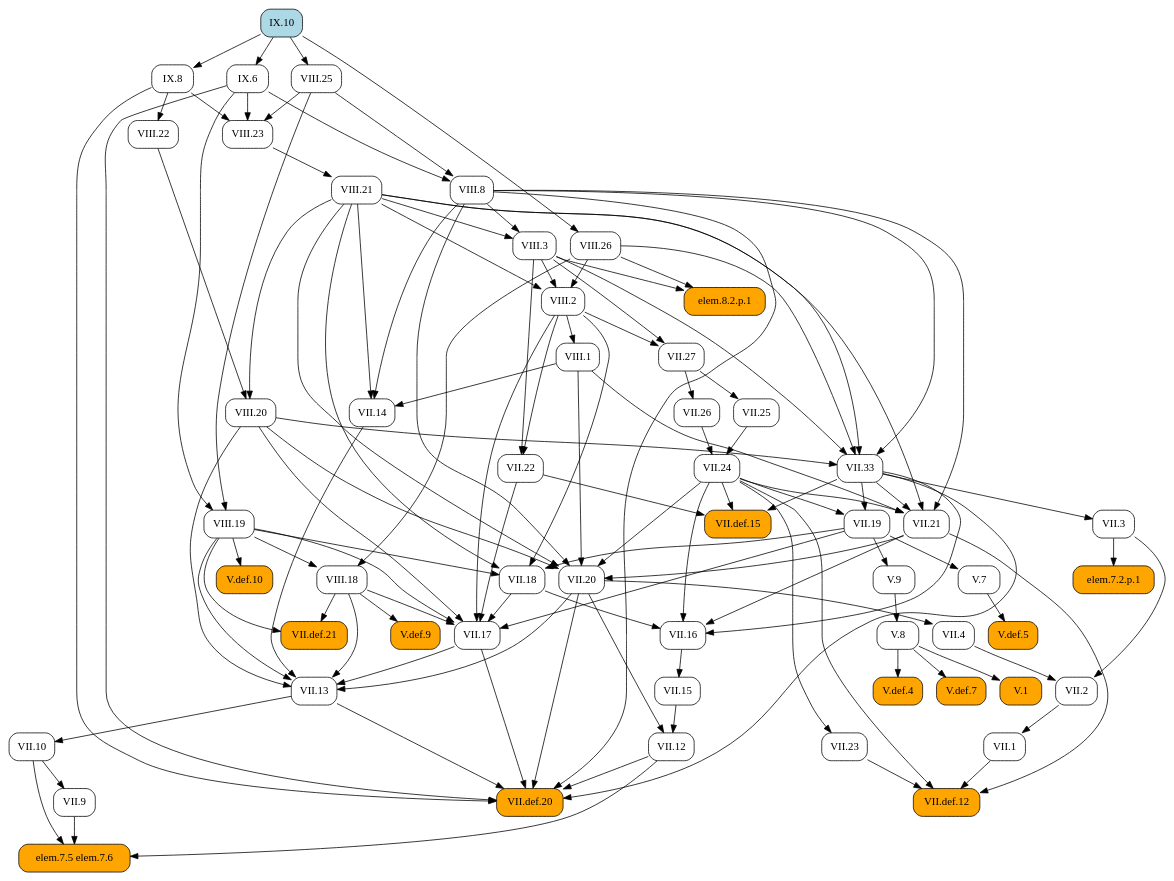
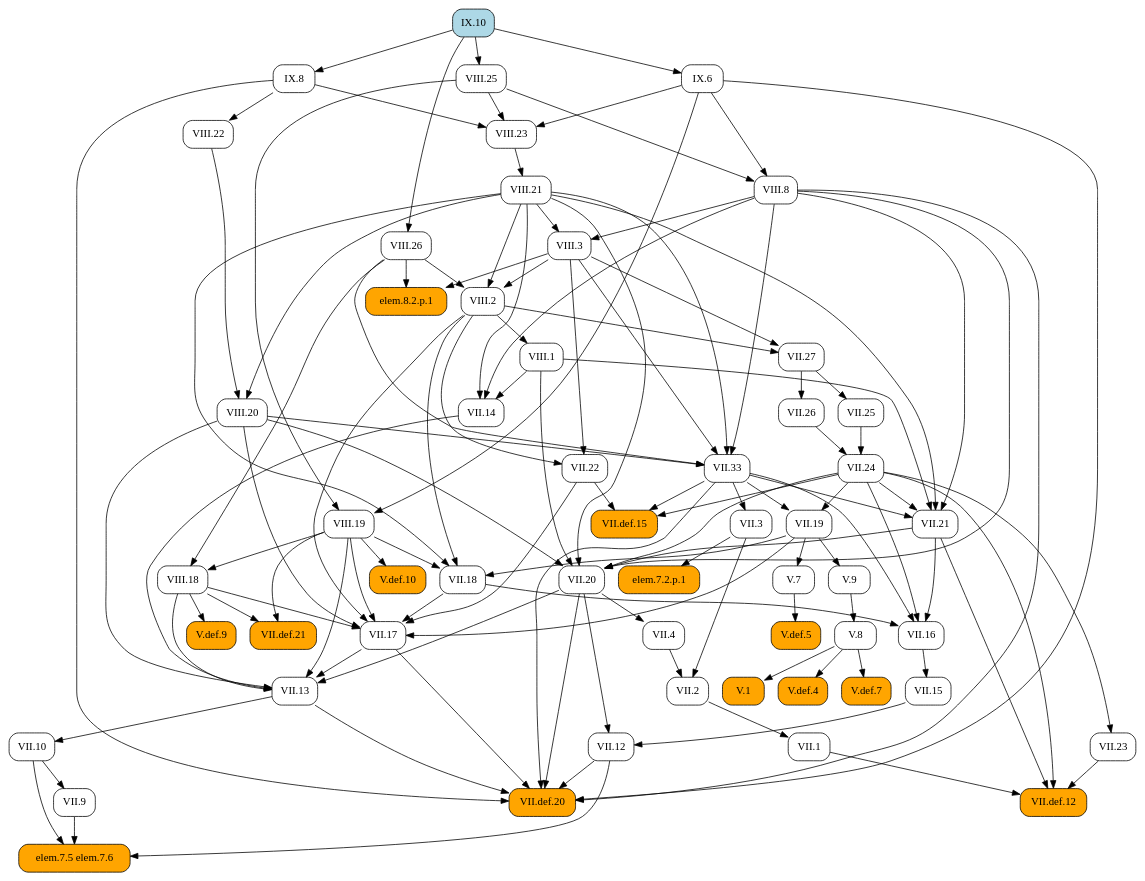
Before and after one commit to geometor/elements: the diagram in docsrc/heath/IX/10/index.rst, drawn with Graphviz. The commit also changed other lines of this file and 1029 other files, not shown here.

```diff
--- a/docsrc/heath/IX/10/index.rst
+++ b/docsrc/heath/IX/10/index.rst
@@ -60,79 +60,120 @@
    digraph {
      rankdir="TB";
      node [shape=box, style=rounded];
-     "V.1" [style="rounded,filled", fillcolor=orange, URL="/heath/V/1/", target="_top"];
+     "VII.1" [URL="/heath/VII/1/", target="_top"];
+     "VIII.26" [URL="/heath/VIII/26/", target="_top"];
+     "V.def.10" [style="rounded,filled", fillcolor=orange, URL="/heath/V/def.10/", target="_top"];
+     "VII.9" [URL="/heath/VII/9/", target="_top"];
+     "V.def.5" [style="rounded,filled", fillcolor=orange, URL="/heath/V/def.5/", target="_top"];
+     "VIII.23" [URL="/heath/VIII/23/", target="_top"];
+     "VII.17" [URL="/heath/VII/17/", target="_top"];
+     "VII.3" [URL="/heath/VII/3/", target="_top"];
+     "elem.7.5 elem.7.6" [style="rounded,filled", fillcolor=orange];
+     "VII.def.21" [style="rounded,filled", fillcolor=orange, URL="/heath/VII/def.21/", target="_top"];
+     "VIII.21" [URL="/heath/VIII/21/", target="_top"];
+     "V.7" [URL="/heath/V/7/", target="_top"];
+     "VIII.19" [URL="/heath/VIII/19/", target="_top"];
+     "VIII.25" [URL="/heath/VIII/25/", target="_top"];
+     "V.9" [URL="/heath/V/9/", target="_top"];
+     "VII.13" [URL="/heath/VII/13/", target="_top"];
+     "VII.2" [URL="/heath/VII/2/", target="_top"];
+     "VIII.1" [URL="/heath/VIII/1/", target="_top"];
+     "VIII.2" [URL="/heath/VIII/2/", target="_top"];
+     "VII.12" [URL="/heath/VII/12/", target="_top"];
      "IX.8" [URL="/heath/IX/8/", target="_top"];
-     "VIII.21" [URL="/heath/VIII/21/", target="_top"];
-     "VII.12" [URL="/heath/VII/12/", target="_top"];
-     "VII.14" [URL="/heath/VII/14/", target="_top"];
-     "VII.13" [URL="/heath/VII/13/", target="_top"];
-     "VII.16" [URL="/heath/VII/16/", target="_top"];
-     "V.def.4" [style="rounded,filled", fillcolor=orange, URL="/heath/V/def.4/", target="_top"];
+     "VII.24" [URL="/heath/VII/24/", target="_top"];
+     "VII.def.12" [style="rounded,filled", fillcolor=orange, URL="/heath/VII/def.12/", target="_top"];
+     "V.8" [URL="/heath/V/8/", target="_top"];
+     "VII.33" [URL="/heath/VII/33/", target="_top"];
+     "VIII.22" [URL="/heath/VIII/22/", target="_top"];
+     "V.def.9" [style="rounded,filled", fillcolor=orange, URL="/heath/V/def.9/", target="_top"];
+     "VIII.18" [URL="/heath/VIII/18/", target="_top"];
+     "VII.10" [URL="/heath/VII/10/", target="_top"];
+     "elem.7.2.p.1" [style="rounded,filled", fillcolor=orange];
      "VII.def.15" [style="rounded,filled", fillcolor=orange, URL="/heath/VII/def.15/", target="_top"];
      "VII.18" [URL="/heath/VII/18/", target="_top"];
-     "V.8" [URL="/heath/V/8/", target="_top"];
+     "VII.19" [URL="/heath/VII/19/", target="_top"];
+     "VII.16" [URL="/heath/VII/16/", target="_top"];
+     "VII.26" [URL="/heath/VII/26/", target="_top"];
+     "VII.4" [URL="/heath/VII/4/", target="_top"];
+     "VII.25" [URL="/heath/VII/25/", target="_top"];
+     "VII.21" [URL="/heath/VII/21/", target="_top"];
+     "V.1" [style="rounded,filled", fillcolor=orange, URL="/heath/V/1/", target="_top"];
+     "IX.6" [URL="/heath/IX/6/", target="_top"];
      "IX.10" [style="rounded,filled", fillcolor=lightblue, URL="/heath/IX/10/", target="_top"];
-     "VII.21" [URL="/heath/VII/21/", target="_top"];
+     "VII.20" [URL="/heath/VII/20/", target="_top"];
+     "VIII.8" [URL="/heath/VIII/8/", target="_top"];
+     "VII.14" [URL="/heath/VII/14/", target="_top"];
+     "VII.27" [URL="/heath/VII/27/", target="_top"];
+     "VIII.3" [URL="/heath/VIII/3/", target="_top"];
+     "V.def.4" [style="rounded,filled", fillcolor=orange, URL="/heath/V/def.4/", target="_top"];
+     "VII.22" [URL="/heath/VII/22/", target="_top"];
      "VIII.20" [URL="/heath/VIII/20/", target="_top"];
-     "V.7" [URL="/heath/V/7/", target="_top"];
-     "VII.def.12" [style="rounded,filled", fillcolor=orange, URL="/heath/VII/def.12/", target="_top"];
+     "V.def.7" [style="rounded,filled", fillcolor=orange, URL="/heath/V/def.7/", target="_top"];
+     "VII.23" [URL="/heath/VII/23/", target="_top"];
      "VII.15" [URL="/heath/VII/15/", target="_top"];
-     "IX.6" [URL="/heath/IX/6/", target="_top"];
-     "VIII.18" [URL="/heath/VIII/18/", target="_top"];
-     "VII.2" [URL="/heath/VII/2/", target="_top"];
      "VII.def.20" [style="rounded,filled", fillcolor=orange, URL="/heath/VII/def.20/", target="_top"];
-     "VII.3" [URL="/heath/VII/3/", target="_top"];
-     "elem.7.5 elem.7.6" [style="rounded,filled", fillcolor=orange];
      "elem.8.2.p.1" [style="rounded,filled", fillcolor=orange];
-     "VII.10" [URL="/heath/VII/10/", target="_top"];
-     "VIII.23" [URL="/heath/VIII/23/", target="_top"];
-     "V.def.7" [style="rounded,filled", fillcolor=orange, URL="/heath/V/def.7/", target="_top"];
-     "V.def.9" [style="rounded,filled", fillcolor=orange, URL="/heath/V/def.9/", target="_top"];
-     "VII.20" [URL="/heath/VII/20/", target="_top"];
-     "VIII.19" [URL="/heath/VIII/19/", target="_top"];
-     "V.def.10" [style="rounded,filled", fillcolor=orange, URL="/heath/V/def.10/", target="_top"];
-     "VII.9" [URL="/heath/VII/9/", target="_top"];
-     "VIII.1" [URL="/heath/VIII/1/", target="_top"];
-     "VII.25" [URL="/heath/VII/25/", target="_top"];
-     "VII.23" [URL="/heath/VII/23/", target="_top"];
-     "VIII.8" [URL="/heath/VIII/8/", target="_top"];
-     "VII.27" [URL="/heath/VII/27/", target="_top"];
-     "VIII.2" [URL="/heath/VIII/2/", target="_top"];
-     "VIII.25" [URL="/heath/VIII/25/", target="_top"];
-     "VIII.3" [URL="/heath/VIII/3/", target="_top"];
-     "VII.19" [URL="/heath/VII/19/", target="_top"];
-     "VII.4" [URL="/heath/VII/4/", target="_top"];
-     "elem.7.2.p.1" [style="rounded,filled", fillcolor=orange];
-     "VII.24" [URL="/heath/VII/24/", target="_top"];
-     "V.9" [URL="/heath/V/9/", target="_top"];
-     "VII.26" [URL="/heath/VII/26/", target="_top"];
-     "VIII.22" [URL="/heath/VIII/22/", target="_top"];
-     "VII.1" [URL="/heath/VII/1/", target="_top"];
-     "VII.22" [URL="/heath/VII/22/", target="_top"];
-     "VIII.26" [URL="/heath/VIII/26/", target="_top"];
-     "VII.33" [URL="/heath/VII/33/", target="_top"];
-     "VII.def.21" [style="rounded,filled", fillcolor=orange, URL="/heath/VII/def.21/", target="_top"];
-     "V.def.5" [style="rounded,filled", fillcolor=orange, URL="/heath/V/def.5/", target="_top"];
-     "VII.17" [URL="/heath/VII/17/", target="_top"];
-     "V.8" -> "V.1";
-     "IX.10" -> "IX.8";
+     "VII.2" -> "VII.1";
+     "IX.10" -> "VIII.26";
+     "VIII.19" -> "V.def.10";
+     "VII.10" -> "VII.9";
+     "V.7" -> "V.def.5";
+     "VIII.25" -> "VIII.23";
+     "IX.6" -> "VIII.23";
+     "IX.8" -> "VIII.23";
+     "VII.18" -> "VII.17";
+     "VII.19" -> "VII.17";
+     "VII.22" -> "VII.17";
+     "VIII.2" -> "VII.17";
+     "VIII.18" -> "VII.17";
+     "VIII.19" -> "VII.17";
+     "VIII.20" -> "VII.17";
+     "VII.33" -> "VII.3";
+     "VII.9" -> "elem.7.5 elem.7.6";
+     "VII.10" -> "elem.7.5 elem.7.6";
+     "VII.12" -> "elem.7.5 elem.7.6";
+     "VIII.18" -> "VII.def.21";
+     "VIII.19" -> "VII.def.21";
      "VIII.23" -> "VIII.21";
-     "VII.15" -> "VII.12";
-     "VII.20" -> "VII.12";
-     "VIII.1" -> "VII.14";
-     "VIII.8" -> "VII.14";
-     "VIII.21" -> "VII.14";
+     "VII.19" -> "V.7";
+     "VIII.25" -> "VIII.19";
+     "IX.6" -> "VIII.19";
+     "IX.10" -> "VIII.25";
+     "VII.19" -> "V.9";
      "VII.14" -> "VII.13";
      "VII.17" -> "VII.13";
      "VII.20" -> "VII.13";
      "VIII.18" -> "VII.13";
      "VIII.19" -> "VII.13";
      "VIII.20" -> "VII.13";
-     "VII.18" -> "VII.16";
-     "VII.21" -> "VII.16";
-     "VII.24" -> "VII.16";
-     "VII.33" -> "VII.16";
-     "V.8" -> "V.def.4";
+     "VII.3" -> "VII.2";
+     "VII.4" -> "VII.2";
+     "VIII.2" -> "VIII.1";
+     "VIII.3" -> "VIII.2";
+     "VIII.21" -> "VIII.2";
+     "VIII.26" -> "VIII.2";
+     "VII.15" -> "VII.12";
+     "VII.20" -> "VII.12";
+     "IX.10" -> "IX.8";
+     "VII.25" -> "VII.24";
+     "VII.26" -> "VII.24";
+     "VII.1" -> "VII.def.12";
+     "VII.21" -> "VII.def.12";
+     "VII.23" -> "VII.def.12";
+     "VII.24" -> "VII.def.12";
+     "V.9" -> "V.8";
+     "VIII.3" -> "VII.33";
+     "VIII.8" -> "VII.33";
+     "VIII.20" -> "VII.33";
+     "VIII.21" -> "VII.33";
+     "VIII.26" -> "VII.33";
+     "IX.8" -> "VIII.22";
+     "VIII.18" -> "V.def.9";
+     "VIII.19" -> "VIII.18";
+     "VIII.26" -> "VIII.18";
+     "VII.13" -> "VII.10";
+     "VII.3" -> "elem.7.2.p.1";
      "VII.22" -> "VII.def.15";
      "VII.24" -> "VII.def.15";
      "VII.33" -> "VII.def.15";
@@ -140,25 +181,45 @@
      "VIII.2" -> "VII.18";
      "VIII.19" -> "VII.18";
      "VIII.21" -> "VII.18";
-     "V.9" -> "V.8";
+     "VII.24" -> "VII.19";
+     "VII.33" -> "VII.19";
+     "VII.18" -> "VII.16";
+     "VII.21" -> "VII.16";
+     "VII.24" -> "VII.16";
+     "VII.33" -> "VII.16";
+     "VII.27" -> "VII.26";
+     "VII.20" -> "VII.4";
+     "VII.27" -> "VII.25";
      "VII.24" -> "VII.21";
      "VII.33" -> "VII.21";
      "VIII.1" -> "VII.21";
      "VIII.8" -> "VII.21";
      "VIII.21" -> "VII.21";
+     "V.8" -> "V.1";
+     "IX.10" -> "IX.6";
+     "VII.21" -> "VII.20";
+     "VII.24" -> "VII.20";
+     "VIII.1" -> "VII.20";
+     "VIII.8" -> "VII.20";
+     "VIII.20" -> "VII.20";
+     "VIII.21" -> "VII.20";
+     "VIII.25" -> "VIII.8";
+     "IX.6" -> "VIII.8";
+     "VIII.1" -> "VII.14";
+     "VIII.8" -> "VII.14";
+     "VIII.21" -> "VII.14";
+     "VIII.2" -> "VII.27";
+     "VIII.3" -> "VII.27";
+     "VIII.8" -> "VIII.3";
+     "VIII.21" -> "VIII.3";
+     "V.8" -> "V.def.4";
+     "VIII.2" -> "VII.22";
+     "VIII.3" -> "VII.22";
      "VIII.21" -> "VIII.20";
      "VIII.22" -> "VIII.20";
-     "VII.19" -> "V.7";
-     "VII.1" -> "VII.def.12";
-     "VII.21" -> "VII.def.12";
-     "VII.23" -> "VII.def.12";
-     "VII.24" -> "VII.def.12";
+     "V.8" -> "V.def.7";
+     "VII.24" -> "VII.23";
      "VII.16" -> "VII.15";
-     "IX.10" -> "IX.6";
-     "VIII.19" -> "VIII.18";
-     "VIII.26" -> "VIII.18";
-     "VII.3" -> "VII.2";
-     "VII.4" -> "VII.2";
      "VII.12" -> "VII.def.20";
      "VII.13" -> "VII.def.20";
      "VII.17" -> "VII.def.20";
@@ -167,67 +228,6 @@
      "VIII.8" -> "VII.def.20";
      "IX.6" -> "VII.def.20";
      "IX.8" -> "VII.def.20";
-     "VII.33" -> "VII.3";
-     "VII.9" -> "elem.7.5 elem.7.6";
-     "VII.10" -> "elem.7.5 elem.7.6";
-     "VII.12" -> "elem.7.5 elem.7.6";
      "VIII.3" -> "elem.8.2.p.1";
      "VIII.26" -> "elem.8.2.p.1";
-     "VII.13" -> "VII.10";
-     "VIII.25" -> "VIII.23";
-     "IX.6" -> "VIII.23";
-     "IX.8" -> "VIII.23";
-     "V.8" -> "V.def.7";
-     "VIII.18" -> "V.def.9";
-     "VII.21" -> "VII.20";
-     "VII.24" -> "VII.20";
-     "VIII.1" -> "VII.20";
-     "VIII.8" -> "VII.20";
-     "VIII.20" -> "VII.20";
-     "VIII.21" -> "VII.20";
-     "VIII.25" -> "VIII.19";
-     "IX.6" -> "VIII.19";
-     "VIII.19" -> "V.def.10";
-     "VII.10" -> "VII.9";
-     "VIII.2" -> "VIII.1";
-     "VII.27" -> "VII.25";
-     "VII.24" -> "VII.23";
-     "VIII.25" -> "VIII.8";
-     "IX.6" -> "VIII.8";
-     "VIII.2" -> "VII.27";
-     "VIII.3" -> "VII.27";
-     "VIII.3" -> "VIII.2";
-     "VIII.21" -> "VIII.2";
-     "VIII.26" -> "VIII.2";
-     "IX.10" -> "VIII.25";
-     "VIII.8" -> "VIII.3";
-     "VIII.21" -> "VIII.3";
-     "VII.24" -> "VII.19";
-     "VII.33" -> "VII.19";
-     "VII.20" -> "VII.4";
-     "VII.3" -> "elem.7.2.p.1";
-     "VII.25" -> "VII.24";
-     "VII.26" -> "VII.24";
-     "VII.19" -> "V.9";
-     "VII.27" -> "VII.26";
-     "IX.8" -> "VIII.22";
-     "VII.2" -> "VII.1";
-     "VIII.2" -> "VII.22";
-     "VIII.3" -> "VII.22";
-     "IX.10" -> "VIII.26";
-     "VIII.3" -> "VII.33";
-     "VIII.8" -> "VII.33";
-     "VIII.20" -> "VII.33";
-     "VIII.21" -> "VII.33";
-     "VIII.26" -> "VII.33";
-     "VIII.18" -> "VII.def.21";
-     "VIII.19" -> "VII.def.21";
-     "V.7" -> "V.def.5";
-     "VII.18" -> "VII.17";
-     "VII.19" -> "VII.17";
-     "VII.22" -> "VII.17";
-     "VIII.2" -> "VII.17";
-     "VIII.18" -> "VII.17";
-     "VIII.19" -> "VII.17";
-     "VIII.20" -> "VII.17";
    }
```
